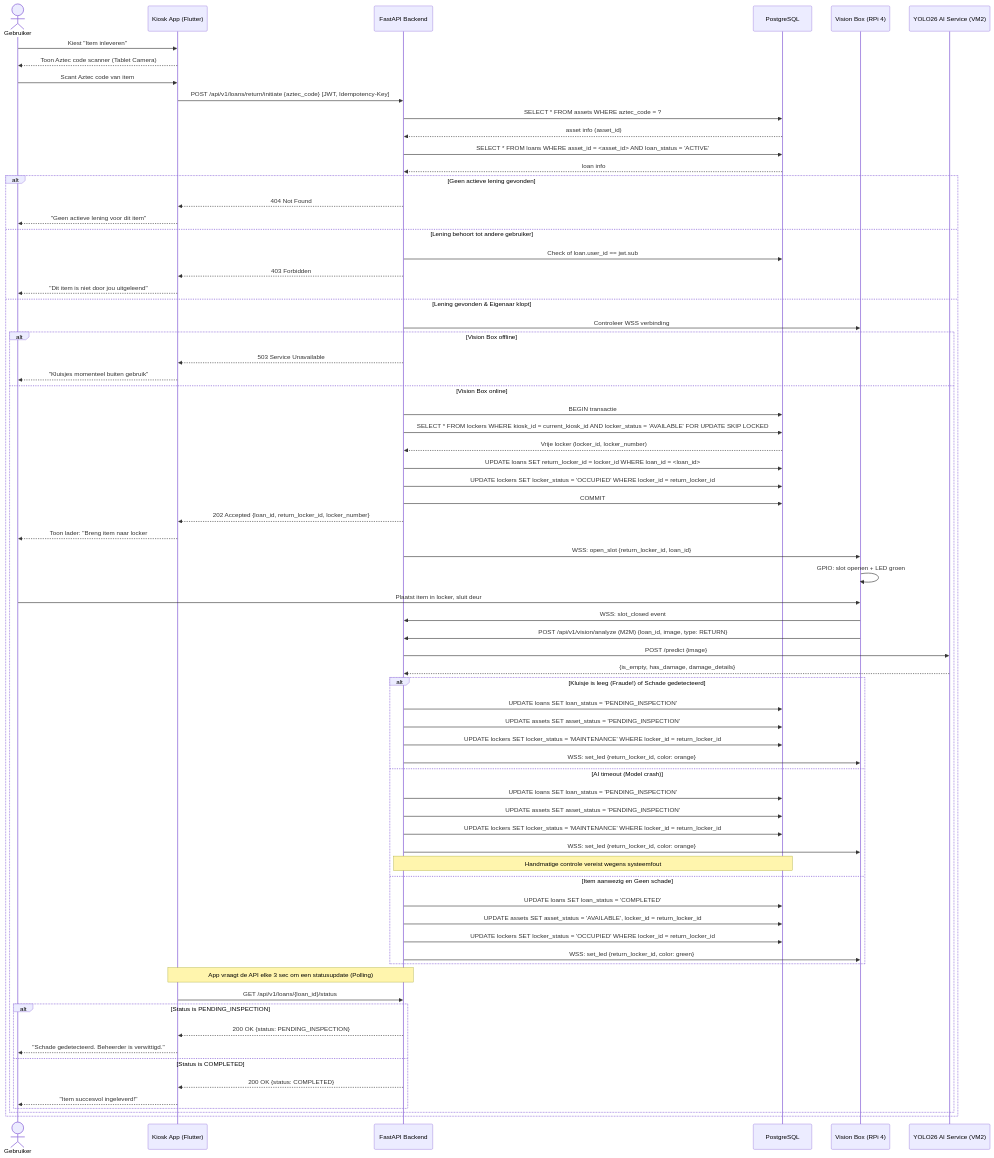
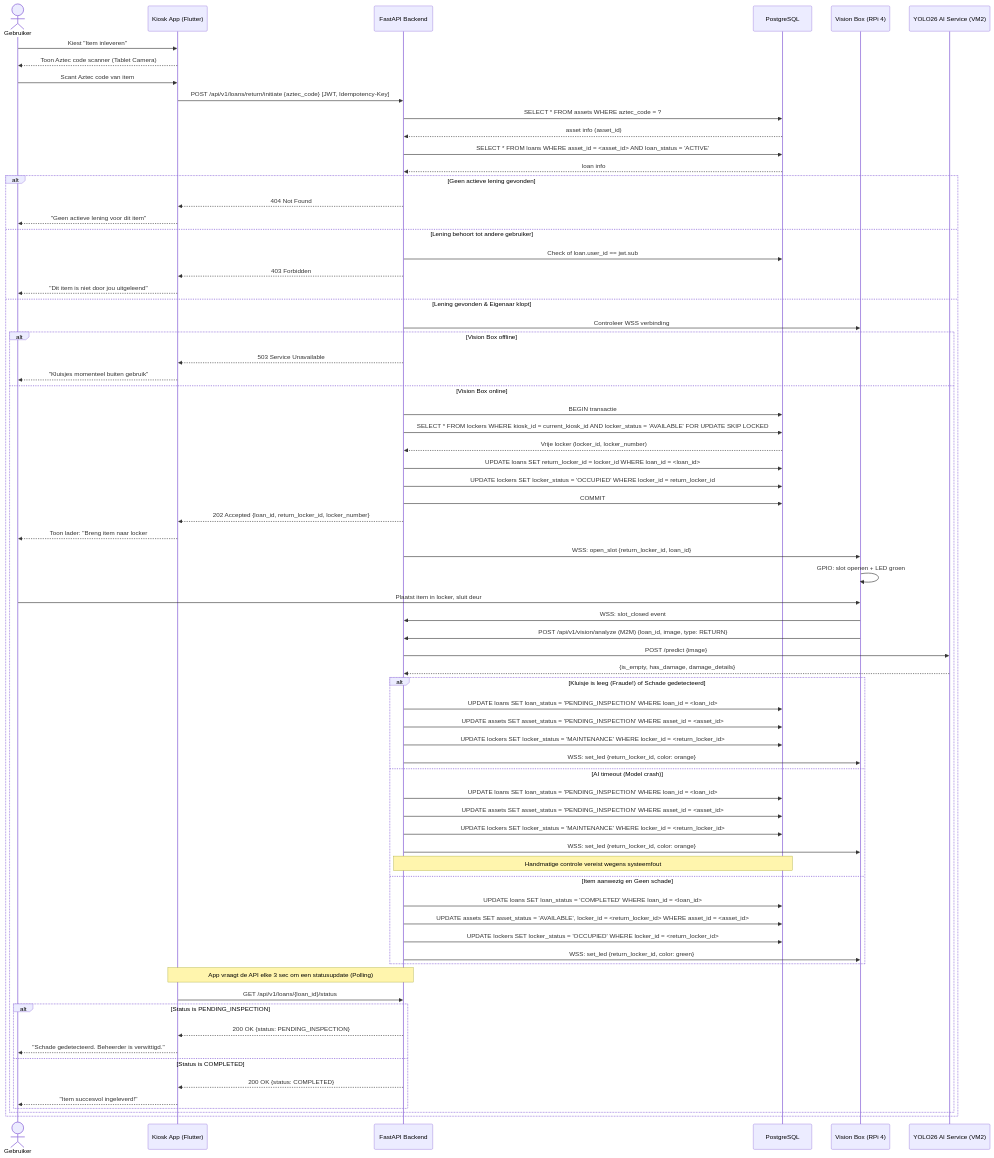
The diagram in docs/diagrams/sequence_return.mmd (easylend-practice-enterprise/easylend), drawn with Mermaid before and after one commit.

Commit message:
docs: add explicit WHERE clauses in return flow to resolve copilot comments

```diff
--- a/docs/diagrams/sequence_return.mmd
+++ b/docs/diagrams/sequence_return.mmd
@@ -1,78 +1,78 @@
 sequenceDiagram
     actor User as Gebruiker
     participant App as Kiosk App (Flutter)
     participant API as FastAPI Backend
     participant DB as PostgreSQL
     participant VB as Vision Box (RPi 4)
     participant AI as YOLO26 AI Service (VM2)
 
     User->>App: Kiest "Item inleveren"
     App-->>User: Toon Aztec code scanner (Tablet Camera)
     User->>App: Scant Aztec code van item
     App->>API: POST /api/v1/loans/return/initiate {aztec_code} [JWT, Idempotency-Key]
     API->>DB: SELECT * FROM assets WHERE aztec_code = ?
     DB-->>API: asset info (asset_id)
     API->>DB: SELECT * FROM loans WHERE asset_id = <asset_id> AND loan_status = 'ACTIVE'
     DB-->>API: loan info
 
     alt Geen actieve lening gevonden
         API-->>App: 404 Not Found
         App-->>User: "Geen actieve lening voor dit item"
     else Lening behoort tot andere gebruiker
         API->>DB: Check of loan.user_id == jwt.sub
         API-->>App: 403 Forbidden
         App-->>User: "Dit item is niet door jou uitgeleend"
     else Lening gevonden & Eigenaar klopt
         API->>VB: Controleer WSS verbinding
         alt Vision Box offline
             API-->>App: 503 Service Unavailable
             App-->>User: "Kluisjes momenteel buiten gebruik"
         else Vision Box online
             API->>DB: BEGIN transactie
             API->>DB: SELECT * FROM lockers WHERE kiosk_id = current_kiosk_id AND locker_status = 'AVAILABLE' FOR UPDATE SKIP LOCKED
             DB-->>API: Vrije locker (locker_id, locker_number)
             API->>DB: UPDATE loans SET return_locker_id = locker_id WHERE loan_id = <loan_id>
             API->>DB: UPDATE lockers SET locker_status = 'OCCUPIED' WHERE locker_id = return_locker_id
             API->>DB: COMMIT
             API-->>App: 202 Accepted {loan_id, return_locker_id, locker_number}
             App-->>User: Toon lader: "Breng item naar locker #N"
 
             API->>VB: WSS: open_slot {return_locker_id, loan_id}
             VB->>VB: GPIO: slot openen + LED groen
             User->>VB: Plaatst item in locker, sluit deur
             VB->>API: WSS: slot_closed event
 
             VB->>API: POST /api/v1/vision/analyze (M2M) {loan_id, image, type: RETURN}
             API->>AI: POST /predict {image}
             AI-->>API: {is_empty, has_damage, damage_details}
 
             alt Kluisje is leeg (Fraude!) of Schade gedetecteerd
-                API->>DB: UPDATE loans SET loan_status = 'PENDING_INSPECTION'
-                API->>DB: UPDATE assets SET asset_status = 'PENDING_INSPECTION'
-                API->>DB: UPDATE lockers SET locker_status = 'MAINTENANCE' WHERE locker_id = return_locker_id
+                API->>DB: UPDATE loans SET loan_status = 'PENDING_INSPECTION' WHERE loan_id = <loan_id>
+                API->>DB: UPDATE assets SET asset_status = 'PENDING_INSPECTION' WHERE asset_id = <asset_id>
+                API->>DB: UPDATE lockers SET locker_status = 'MAINTENANCE' WHERE locker_id = <return_locker_id>
                 API->>VB: WSS: set_led {return_locker_id, color: orange}
             else AI timeout (Model crash)
-                API->>DB: UPDATE loans SET loan_status = 'PENDING_INSPECTION'
-                API->>DB: UPDATE assets SET asset_status = 'PENDING_INSPECTION'
-                API->>DB: UPDATE lockers SET locker_status = 'MAINTENANCE' WHERE locker_id = return_locker_id
+                API->>DB: UPDATE loans SET loan_status = 'PENDING_INSPECTION' WHERE loan_id = <loan_id>
+                API->>DB: UPDATE assets SET asset_status = 'PENDING_INSPECTION' WHERE asset_id = <asset_id>
+                API->>DB: UPDATE lockers SET locker_status = 'MAINTENANCE' WHERE locker_id = <return_locker_id>
                 API->>VB: WSS: set_led {return_locker_id, color: orange}
                 Note over API,DB: Handmatige controle vereist wegens systeemfout
             else Item aanwezig en Geen schade
-                API->>DB: UPDATE loans SET loan_status = 'COMPLETED'
-                API->>DB: UPDATE assets SET asset_status = 'AVAILABLE', locker_id = return_locker_id
-                API->>DB: UPDATE lockers SET locker_status = 'OCCUPIED' WHERE locker_id = return_locker_id
+                API->>DB: UPDATE loans SET loan_status = 'COMPLETED' WHERE loan_id = <loan_id>
+                API->>DB: UPDATE assets SET asset_status = 'AVAILABLE', locker_id = <return_locker_id> WHERE asset_id = <asset_id>
+                API->>DB: UPDATE lockers SET locker_status = 'OCCUPIED' WHERE locker_id = <return_locker_id>
                 API->>VB: WSS: set_led {return_locker_id, color: green}
             end
 
             Note over App,API: App vraagt de API elke 3 sec om een statusupdate (Polling)
             App->>API: GET /api/v1/loans/{loan_id}/status
             
             alt Status is PENDING_INSPECTION
                 API-->>App: 200 OK {status: PENDING_INSPECTION}
                 App-->>User: "Schade gedetecteerd. Beheerder is verwittigd."
             else Status is COMPLETED
                 API-->>App: 200 OK {status: COMPLETED}
                 App-->>User: "Item succesvol ingeleverd!"
             end
         end
     end
```
